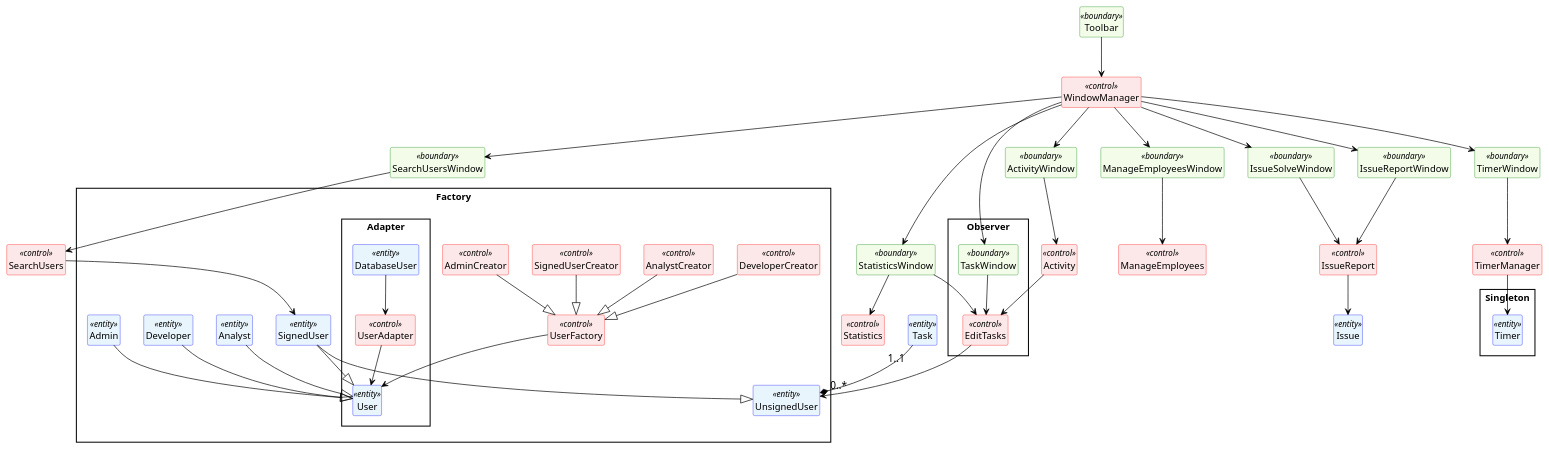
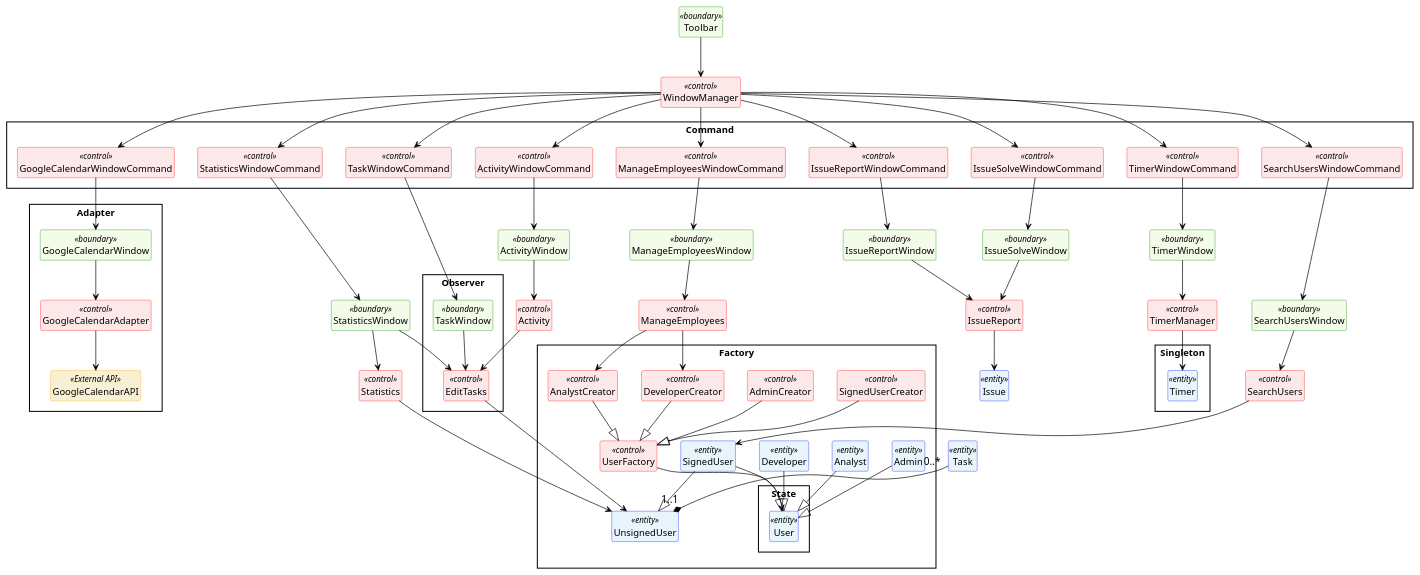
Before and after one commit to juremrzek/ProductivityApp: the diagram in docs/gradivo/plantuml/razredni_diagram_hidemembers.plantuml, drawn with PlantUML. The commit also changed 2 other files, not shown here.

Commit message:
Added Command pattern
Very questionable

```diff
--- a/docs/gradivo/plantuml/razredni_diagram_hidemembers.plantuml
+++ b/docs/gradivo/plantuml/razredni_diagram_hidemembers.plantuml
@@ -16,6 +16,10 @@
   backgroundColor #f2fce8
   borderColor Green
 }
+skinparam class<<External API>>{
+  backgroundColor #f8f0d4
+  borderColor Orange
+}
 
 'skinparam shadowing false
 skinparam style strictuml
@@ -27,29 +31,17 @@
 
 '---------Razredi---------------------------
 package Factory{
-  package Adapter{
+  package State{
     Class User<<entity>> {
-      -id: int
-      -name: string
-      -password: string
-      +getName(): string
-      +setName(): string
-      +getId(): int
-      +setPassword(password: string): void
-      +isPasswordCorrect(password: string): boolean
-    }
-    Class DatabaseUser<<entity>>{
       -id: int
       -name: string
       -hash: string
       -salt: string
       +getName(): string
       +setName(): string
+      +getId(): int
       +setPassword(password: string): void
       +isPasswordCorrect(password: string): boolean
-    }
-    Class UserAdapter<<control>>{
-      +getUser(id: int): User
     }
   }
   Class UserFactory<<control>>{
@@ -94,17 +86,63 @@
 Class Statistics<<control>>{
   +prenesiPodatkeVSkladisce(start: date, end: date): void
 }
+package Command{
+  Class StatisticsWindowCommand<<control>>{
+    -statisticsWindow: StatisticsWindow
+    +execute(): void
+    +unexecute(): void
+    +isReversible(): boolean
+  }
+  Class ManageEmployeesWindowCommand<<control>>{
+    -manageEmployeesWindow: ManageEmployeesWindow
+    +execute(): void
+    +unexecute(): void
+    +isReversible(): boolean
+  }
+  Class TaskWindowCommand<<control>>{
+    -taskWindow: TaskWindow
+    +execute(): void
+    +unexecute(): void
+    +isReversible(): boolean
+  }
+  Class GoogleCalendarWindowCommand<<control>>{
+    -googleCalendarWindow: GoogleCalendarWindow
+    +execute(): void
+    +unexecute(): void
+    +isReversible(): boolean
+  }
+  Class ActivityWindowCommand<<control>>{
+    -activityWindow: ActivityWindow
+    +execute(): void
+    +unexecute(): void
+    +isReversible(): boolean
+  }
+  Class IssueReportWindowCommand<<control>>{
+    -issueReportWindow: IssueReportWindow
+    +execute(): void
+    +unexecute(): void
+    +isReversible(): boolean
+  }
+  Class IssueSolveWindowCommand<<control>>{
+    -issueSolveWindow: IssueSolveWindow
+    +execute(): void
+    +unexecute(): void
+    +isReversible(): boolean
+  }
+  Class TimerWindowCommand<<control>>{
+    -timerWindow: TimerWindow
+    +execute(): void
+    +unexecute(): void
+    +isReversible(): boolean
+  }
+  Class SearchUsersWindowCommand<<control>>{
+    -SearchUsersWindow: SearchUsersWindow
+  }
+}
 Class ManageEmployeesWindow<<boundary>>
 Class ManageEmployees<<control>>{
   +addEmployee(ime: string, priimek: string, email: string, password: string): void
 }
-  'proxy class?
-  '(timer alerta timedtask)
-  'Class TimedTask<<entity>>{
-  '  -id: int
-  '  -name: string
-  '  +getName(): void
-  '}
 Class Task<<entity>>{
   -id: int
   -name: string
@@ -175,6 +213,17 @@
   +showUsers(name: string): void
   +showUserInfo(id: int): void
 }
+package Adapter{
+  Class GoogleCalendarAdapter<<control>>{
+    +getTask(event: Event): Task
+  }
+  Class GoogleCalendarWindow<<boundary>>{
+    +showCalendarTasks(): void
+  }
+  Class GoogleCalendarAPI<<External API>>{
+    +list(calendarId: string): Event[]
+  }
+}
 
 package Singleton{
   Class Timer<<entity>>{
@@ -206,7 +255,7 @@
 }
 
 '------Povezave-----------------------
-Task "<font size=15> 1..1 </font>" --* "<font size=15>  0..*</font>" UnsignedUser
+Task "<font size=15> 0..* </font>" --* "<font size=15>  1..1</font>" UnsignedUser
 'TimedTask --> Task
 'EditTasks --> Task
 EditTasks --> UnsignedUser
@@ -224,24 +273,37 @@
 Developer --|> User
 StatisticsWindow --> EditTasks
 StatisticsWindow --> Statistics
+Statistics --> UnsignedUser
 UserFactory --> User
-DatabaseUser --> UserAdapter
-UserAdapter --> User
 SignedUserCreator --|> UserFactory
 DeveloperCreator --|> UserFactory
 AnalystCreator --|> UserFactory
 AdminCreator --|> UserFactory
-WindowManager --> IssueReportWindow
-WindowManager --> TimerWindow
-WindowManager --> StatisticsWindow
-WindowManager --> TaskWindow
-WindowManager --> IssueSolveWindow
-WindowManager --> SearchUsersWindow
-WindowManager --> ActivityWindow
-WindowManager --> ManageEmployeesWindow
+WindowManager --> IssueReportWindowCommand
+IssueReportWindowCommand --> IssueReportWindow
+WindowManager --> TimerWindowCommand
+TimerWindowCommand --> TimerWindow
+WindowManager --> StatisticsWindowCommand
+StatisticsWindowCommand --> StatisticsWindow
+WindowManager --> TaskWindowCommand
+TaskWindowCommand --> TaskWindow
+WindowManager --> IssueSolveWindowCommand
+IssueSolveWindowCommand --> IssueSolveWindow
+WindowManager --> SearchUsersWindowCommand
+SearchUsersWindowCommand --> SearchUsersWindow
+WindowManager --> ActivityWindowCommand
+ActivityWindowCommand --> ActivityWindow
+WindowManager --> ManageEmployeesWindowCommand
+ManageEmployeesWindowCommand --> ManageEmployeesWindow
+WindowManager --> GoogleCalendarWindowCommand
+GoogleCalendarWindowCommand --> GoogleCalendarWindow
+GoogleCalendarWindow --> GoogleCalendarAdapter
+GoogleCalendarAdapter --> GoogleCalendarAPI
 ManageEmployeesWindow --> ManageEmployees
 ActivityWindow --> Activity
 Activity --> EditTasks
 SearchUsersWindow --> SearchUsers
+ManageEmployees --> DeveloperCreator
+ManageEmployees --> AnalystCreator
 Toolbar --> WindowManager
 @enduml
```
